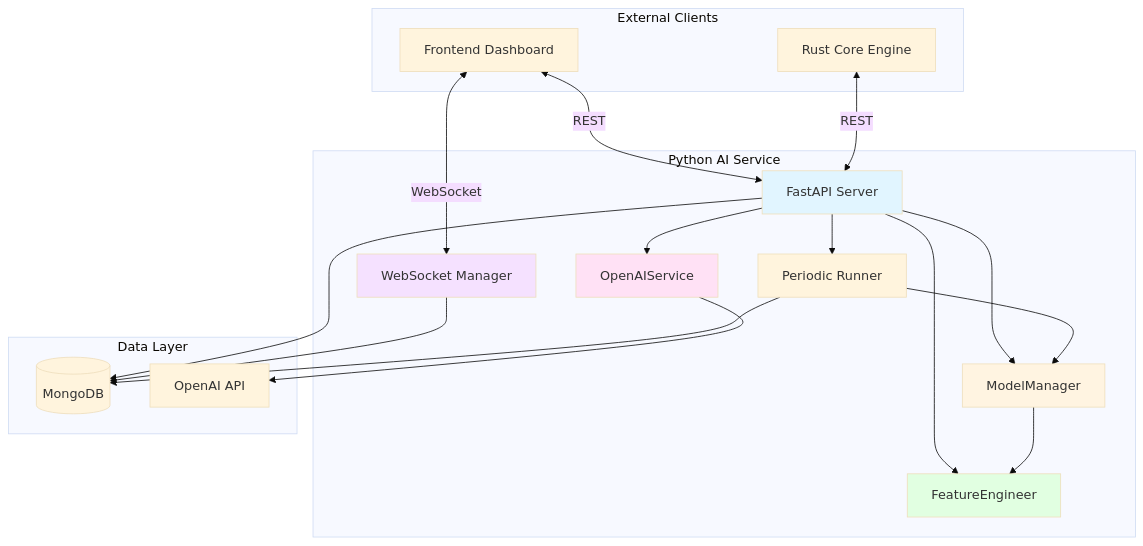
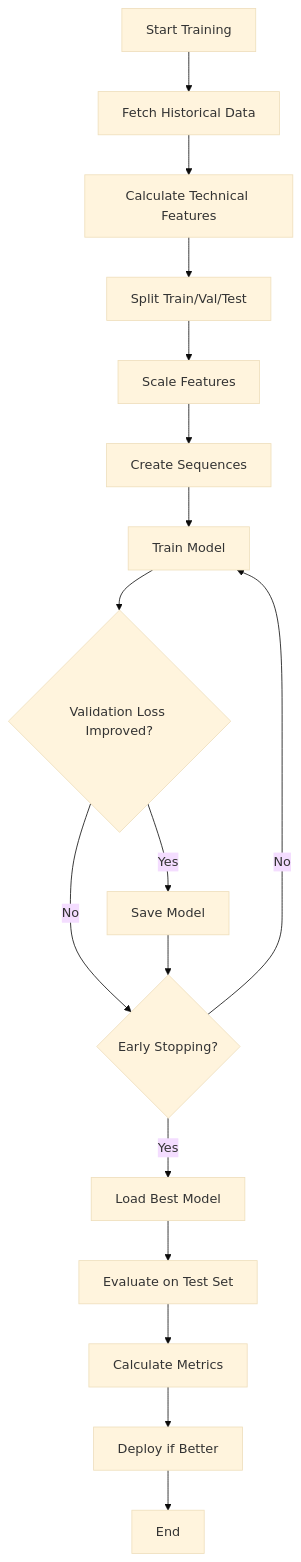
One commit to magic-ai-trading-bot/bot-core changed the second of 3 diagrams in specs/02-design/2.5-components/COMP-PYTHON-ML.md. Above: the diagram before and after it, drawn with Mermaid (base theme). The commit also changed other lines of this file and 99 other files, not shown here.

````diff
--- a/specs/02-design/2.5-components/COMP-PYTHON-ML.md
+++ b/specs/02-design/2.5-components/COMP-PYTHON-ML.md
@@ -632,44 +776,20 @@
 ```mermaid
 graph TB
-    subgraph "External Clients"
-        A[Frontend Dashboard]
-        B[Rust Core Engine]
-    end
+    A[Start Training] --> B[Fetch Historical Data]
+    B --> C[Calculate Technical Features]
+    C --> D[Split Train/Val/Test]
+    D --> E[Scale Features]
+    E --> F[Create Sequences]
+    F --> G[Train Model]
+    G --> H{Validation Loss Improved?}
+    H -->|Yes| I[Save Model]
+    H -->|No| J{Early Stopping?}
+    J -->|No| G
+    J -->|Yes| K[Load Best Model]
+    K --> L[Evaluate on Test Set]
+    L --> M[Calculate Metrics]
+    M --> N[Deploy if Better]
+    N --> O[End]
 
-    subgraph "Python AI Service"
-        C[FastAPI Server]
-        D[WebSocket Manager]
-        E[ModelManager]
-        F[OpenAIService]
-        G[FeatureEngineer]
-        H[Periodic Runner]
-    end
-
-    subgraph "Data Layer"
-        I[(MongoDB)]
-        J[OpenAI API]
-    end
-
-    A <-->|WebSocket| D
-    A <-->|REST| C
-    B <-->|REST| C
-
-    C --> E
-    C --> F
-    C --> G
-    C --> H
-
-    E --> G
-    F --> J
-
-    C --> I
-    D --> I
-    H --> E
-    H --> I
-
-    style C fill:#e1f5ff
-    style E fill:#fff4e1
-    style F fill:#ffe1f5
-    style G fill:#e1ffe1
-    style D fill:#f5e1ff
+    I --> J
 ```
````
